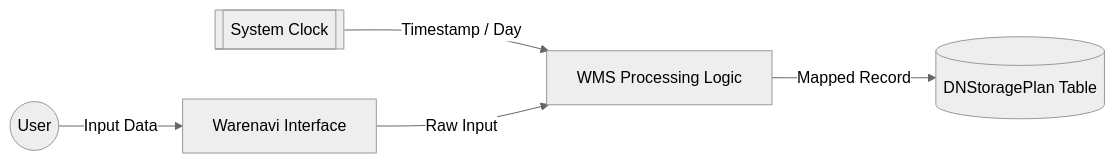
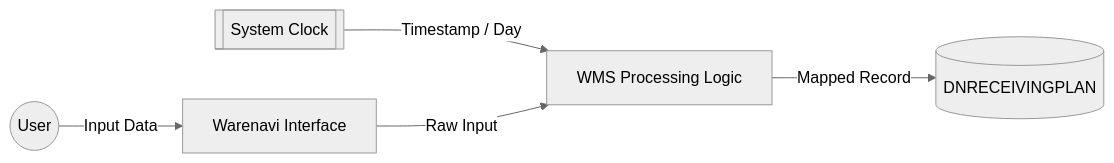
Before and after one commit to luthfiadityaa/SimeDarby-Wiki: the first of 8 diagrams in Basic-Design/DFD-WMS/Storage/PALLETIZE-OPERATION-(HP)/2.-Batch-Start.md, drawn with Mermaid (neutral theme). The commit also changed other lines of this file and 6 other files, not shown here.

Commit message:
update unplanned storage flow

```diff
--- a/Basic-Design/DFD-WMS/Storage/PALLETIZE-OPERATION-(HP)/2.-Batch-Start.md
+++ b/Basic-Design/DFD-WMS/Storage/PALLETIZE-OPERATION-(HP)/2.-Batch-Start.md
@@ -5,8 +5,8 @@
 ::: mermaid
 graph LR
     User((User)) -- "Input Data" --> Warenavi[Warenavi Interface]
     SystemClock[[System Clock]] -- "Timestamp / Day" --> Logic[WMS Processing Logic]
     Warenavi -- "Raw Input" --> Logic
-    Logic -- "Mapped Record" --> DNStoragePlan[(DNStoragePlan Table)]
+    Logic -- "Mapped Record" --> DNReveivingPlan[(DNRECEIVINGPLAN)]
 	
 :::
```
